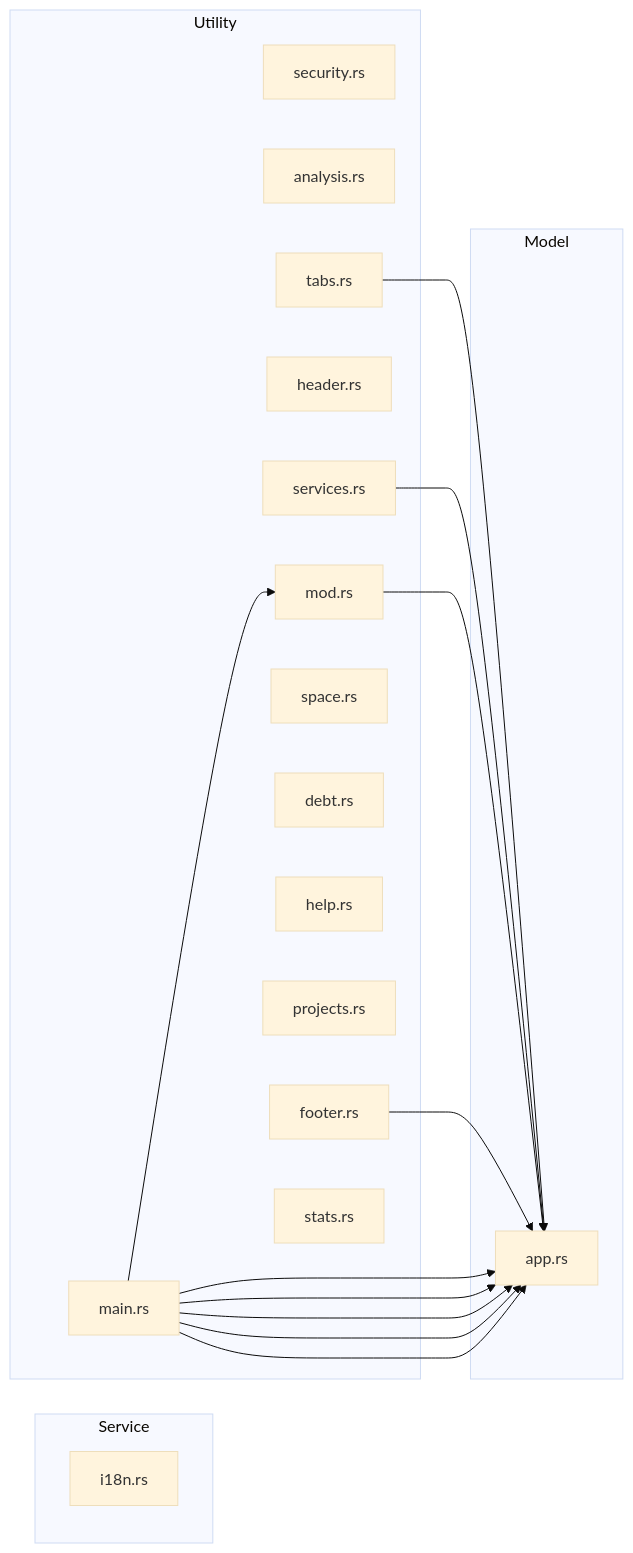
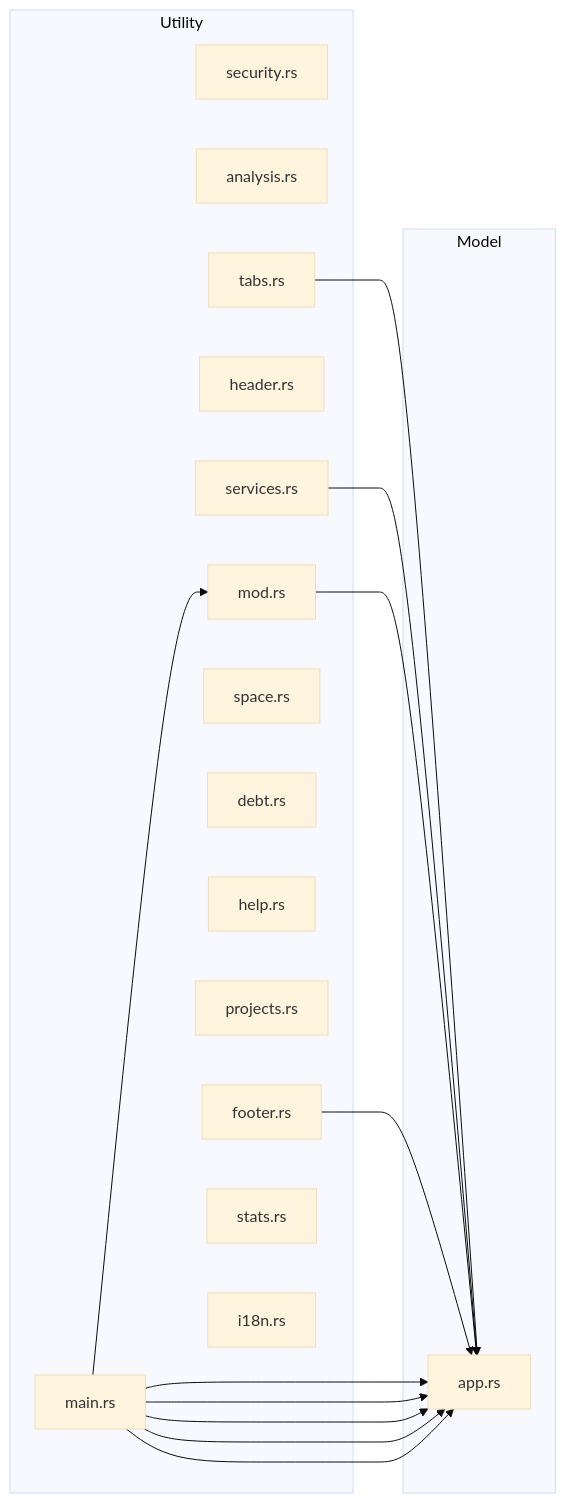
Before and after one commit to Mague/void-stack: the fourth of 8 diagrams in void-stack-analysis.md, drawn with Mermaid (base theme). The commit also changed other lines of this file and 7 other files, not shown here.

````diff
--- a/void-stack-analysis.md
+++ b/void-stack-analysis.md
@@ -915,34 +915,32 @@
 ```mermaid
 graph LR
-    subgraph service ["Service"]
-        src_i18n_rs["i18n.rs"]
-    end
     subgraph model ["Model"]
         src_app_rs["app.rs"]
     end
     subgraph utility ["Utility"]
         src_ui_security_rs["security.rs"]
         src_ui_analysis_rs["analysis.rs"]
         src_ui_tabs_rs["tabs.rs"]
         src_ui_header_rs["header.rs"]
         src_ui_services_rs["services.rs"]
         src_ui_mod_rs["mod.rs"]
         src_ui_space_rs["space.rs"]
         src_ui_debt_rs["debt.rs"]
         src_ui_help_rs["help.rs"]
         src_ui_projects_rs["projects.rs"]
         src_ui_footer_rs["footer.rs"]
         src_ui_stats_rs["stats.rs"]
         src_main_rs["main.rs"]
+        src_i18n_rs["i18n.rs"]
     end
     src_ui_tabs_rs --> src_app_rs
     src_ui_services_rs --> src_app_rs
     src_ui_mod_rs --> src_app_rs
     src_ui_footer_rs --> src_app_rs
     src_main_rs --> src_ui_mod_rs
     src_main_rs --> src_app_rs
     src_main_rs --> src_app_rs
     src_main_rs --> src_app_rs
     src_main_rs --> src_app_rs
     src_main_rs --> src_app_rs
 ```
````
